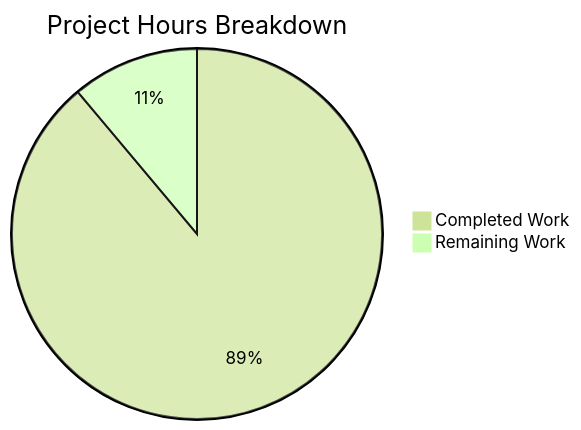
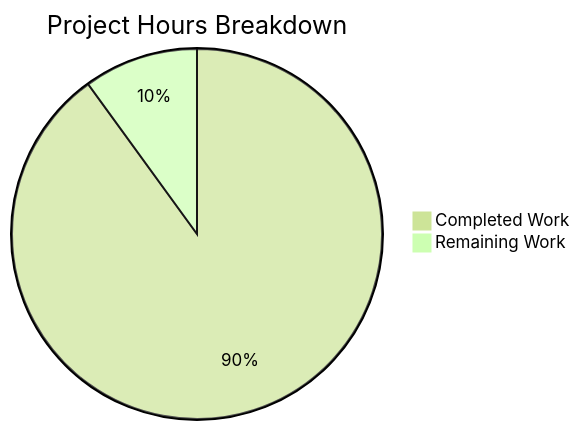
Before and after one commit to hardik-blitzy/react-todo-app: the first of 2 diagrams in blitzy/documentation/Project Guide.md, drawn with Mermaid (forest theme). The commit also changed other lines of this file, not shown here.

Commit message:
Adding Blitzy Project Guide: Project Status and Human Tasks Remaining

````diff
--- a/blitzy/documentation/Project Guide.md
+++ b/blitzy/documentation/Project Guide.md
@@ -95,5 +25,5 @@
 ```mermaid
 pie title Project Hours Breakdown
-    "Completed Work" : 24
-    "Remaining Work" : 3
+    "Completed Work" : 36
+    "Remaining Work" : 4
 ```
````
